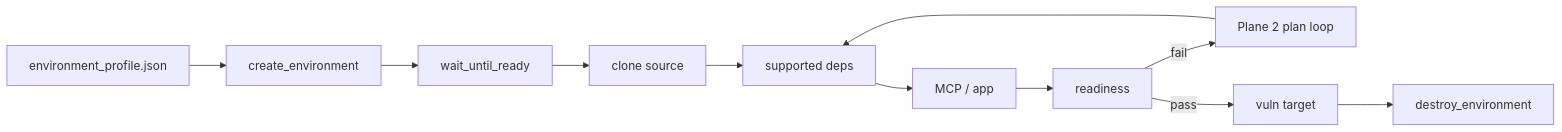
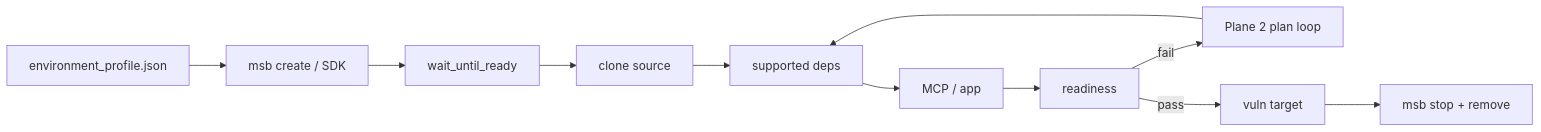
The diagram in IMPLEMENTATION_TEST_VM.md (ludvigodin/killhub), drawn with Mermaid before and after one commit. The commit also changed other lines of this file and 10 other files, not shown here.

````diff
--- a/IMPLEMENTATION_TEST_VM.md
+++ b/IMPLEMENTATION_TEST_VM.md
@@ -51,13 +65,13 @@
 ```mermaid
 flowchart LR
-  Profile["environment_profile.json"] --> Create["create_environment"]
+  Profile["environment_profile.json"] --> Create["msb create / SDK"]
   Create --> Ready["wait_until_ready"]
   Ready --> Clone["clone source"]
   Clone --> Deps["supported deps"]
   Deps --> Launch["MCP / app"]
   Launch --> Probe["readiness"]
   Probe -->|fail| Retry["Plane 2 plan loop"]
   Retry --> Deps
   Probe -->|pass| Scan["vuln target"]
-  Scan --> Destroy["destroy_environment"]
+  Scan --> Destroy["msb stop + remove"]
 ```
````
